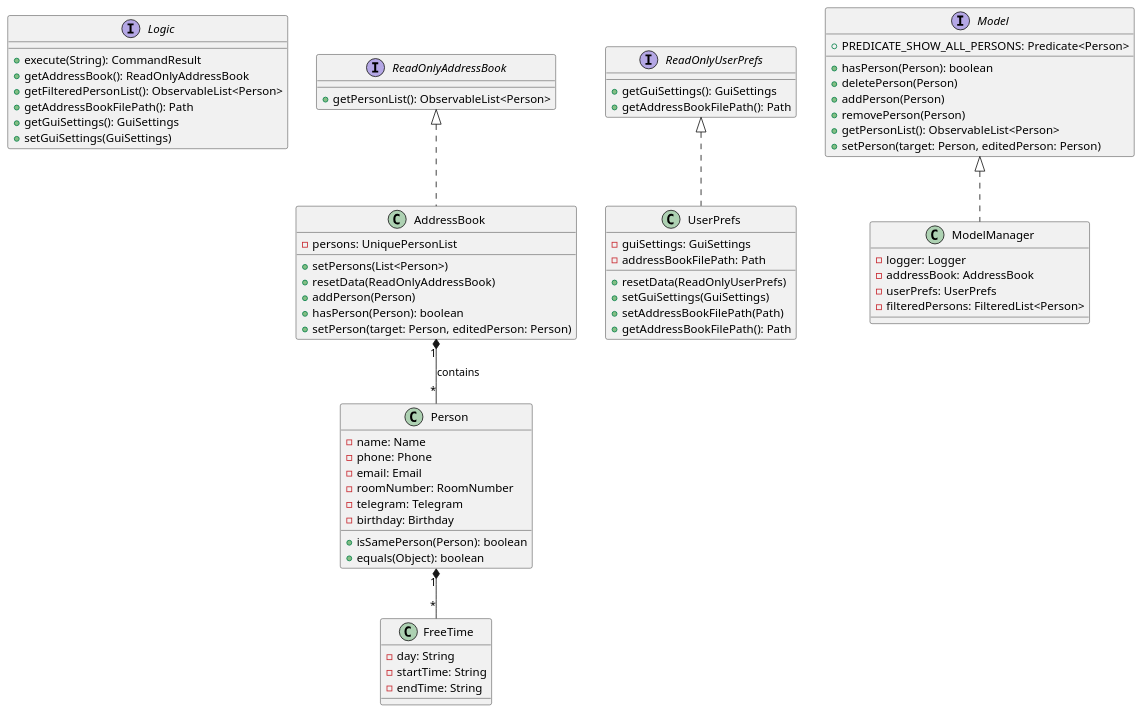
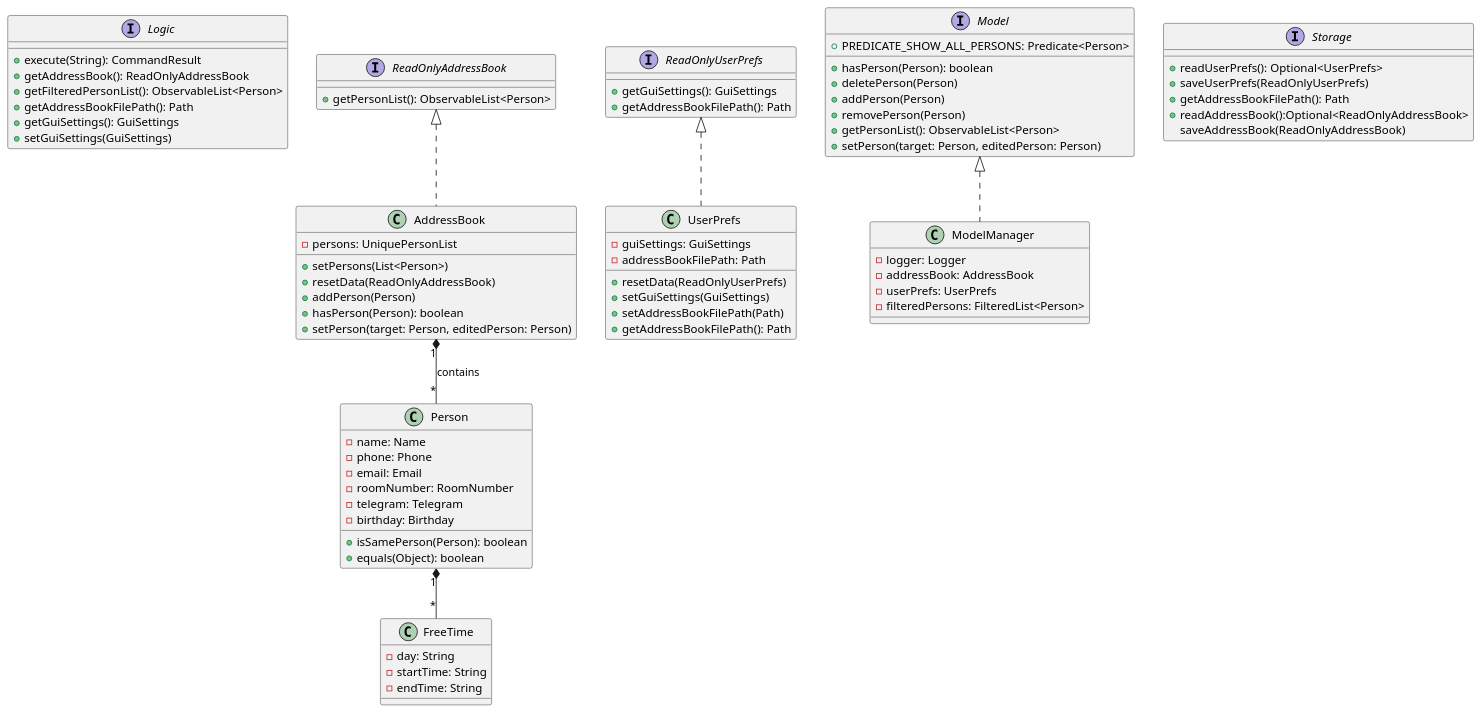
Before and after one commit to nus-cs2103-AY2324S2/tp: the diagram in docs/diagrams/Dormie.puml, drawn with PlantUML.

Commit message:
Update uml for Storage

```diff
--- a/docs/diagrams/Dormie.puml
+++ b/docs/diagrams/Dormie.puml
@@ -1,87 +1,95 @@
 @startuml
 'https://plantuml.com/class-diagram
 
 interface Logic {
 +execute(String): CommandResult
 +getAddressBook(): ReadOnlyAddressBook
 +getFilteredPersonList(): ObservableList<Person>
 +getAddressBookFilePath(): Path
 +getGuiSettings(): GuiSettings
 +setGuiSettings(GuiSettings)
 }
 
 interface ReadOnlyAddressBook {
 +getPersonList(): ObservableList<Person>
 }
 
 interface ReadOnlyUserPrefs {
 +getGuiSettings(): GuiSettings
 +getAddressBookFilePath(): Path
 }
 
 interface Model {
 +PREDICATE_SHOW_ALL_PERSONS: Predicate<Person>
 
 +hasPerson(Person): boolean
 +deletePerson(Person)
 +addPerson(Person)
 +removePerson(Person)
 +getPersonList(): ObservableList<Person>
 +setPerson(target: Person, editedPerson: Person)
+}
+
+interface Storage  {
++readUserPrefs(): Optional<UserPrefs>
++saveUserPrefs(ReadOnlyUserPrefs)
++getAddressBookFilePath(): Path
++readAddressBook():Optional<ReadOnlyAddressBook>
+saveAddressBook(ReadOnlyAddressBook)
 }
 
 class ModelManager {
 -logger: Logger
 -addressBook: AddressBook
 -userPrefs: UserPrefs
 -filteredPersons: FilteredList<Person>
 }
 
 class UserPrefs {
 -guiSettings: GuiSettings
 -addressBookFilePath: Path
 
 +resetData(ReadOnlyUserPrefs)
 +setGuiSettings(GuiSettings)
 +setAddressBookFilePath(Path)
 +getAddressBookFilePath(): Path
 }
 
 class AddressBook {
 -persons: UniquePersonList
 
 +setPersons(List<Person>)
 +resetData(ReadOnlyAddressBook)
 +addPerson(Person)
 +hasPerson(Person): boolean
 +setPerson(target: Person, editedPerson: Person)
 }
 
 Model <|.. ModelManager
 ReadOnlyUserPrefs <|.. UserPrefs
 ReadOnlyAddressBook <|.. AddressBook
 
 
 class Person {
 -name: Name
 -phone: Phone
 -email: Email
 -roomNumber: RoomNumber
 -telegram: Telegram
 -birthday: Birthday
 
 +isSamePerson(Person): boolean
 +equals(Object): boolean
 }
 
 class FreeTime {
 -day: String
 -startTime: String
 -endTime: String
 }
 
 AddressBook "1" *-- "*" Person : contains
 Person "1" *-- "*" FreeTime
 
 
 @enduml
```
